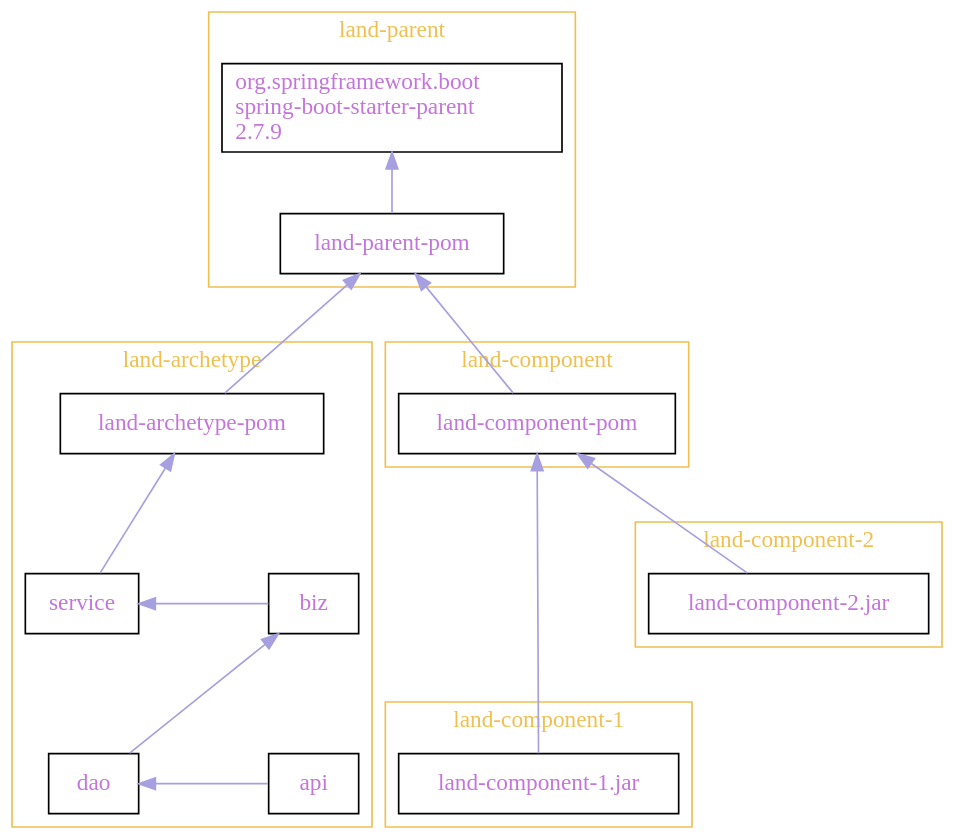
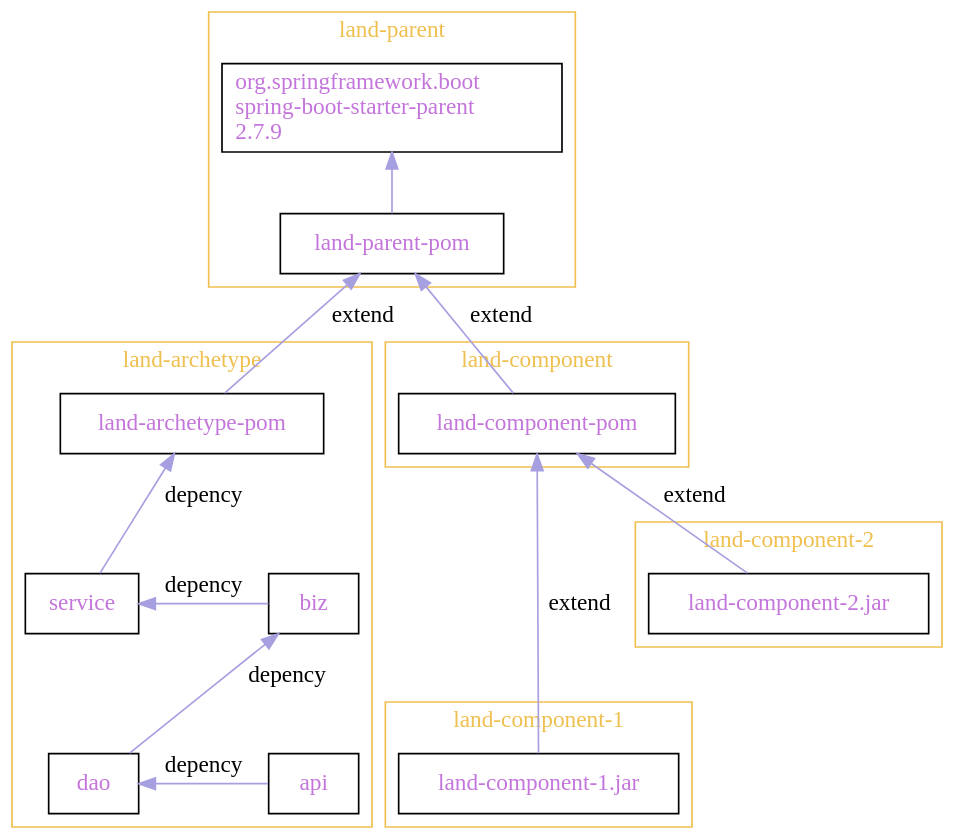
The diagram in README.org (vanniuner/land-parent), drawn with Graphviz before and after one commit. The commit also changed 2 other files, not shown here.

```diff
--- a/README.org
+++ b/README.org
@@ -13,67 +13,67 @@
   #+BEGIN_SRC dot :file project-depency.svg
     digraph G {
         bgcolor="transparent"
         rankdir = TD
         node [shape="box",fontcolor="#c475db" color=black]
-        edge [color="#a69fe0" fontcolor=white]
+        edge [color="#a69fe0" fontcolor=black]
 
         subgraph clusterA {
             rankdir = TD
             color = "#EFC050"
             fontcolor = "#EFC050"
             label = "land-archetype";
             node [shape="box",fontcolor="#c475db" color=black]
-            edge [color="#a69fe0" fontcolor=white]
+            edge [color="#a69fe0" fontcolor=black]
             service [label="service"]
             landArchetypePom [label="land-archetype-pom"]
 
             landArchetypePom -> service [dir=back minlen=1,label="depency"]
             service -> biz [dir=back minlen=1,label="depency"]
             biz -> dao [dir=back minlen=1,label="depency"]
             dao -> api [dir=back minlen=2,label="depency"]
             {rank=same biz,service}
             {rank=same dao,api}
         }
 
         subgraph clusterP {
             rankdir = TD
             color = "#EFC050"
             fontcolor = "#EFC050"
             label = "land-parent";
             springboot [label="org.springframework.boot\lspring-boot-starter-parent\l2.7.9\l"]
             landParentPom [label="land-parent-pom"]
             springboot -> landParentPom [dir=back]
             landParentPom -> landArchetypePom [dir=back label="extend"]
             {rank=same api,landParentPom}
         }
 
         subgraph clusterC {
             rankdir = TD
             color = "#EFC050"
             fontcolor = "#EFC050"
             label = "land-component";
             landComponentPom [label="land-component-pom"]
             landParentPom -> landComponentPom [dir=back label="extend"]
         }
 
 
         subgraph clusterC1 {
             rankdir = TD
             color = "#EFC050"
             fontcolor = "#EFC050"
             label = "land-component-1";
             landComponent1 [label="land-component-1.jar"]
             landComponentPom -> landComponent1 [dir=back label="extend" minlen=2]
         }
 
         subgraph clusterC2 {
             rankdir = TD
             color = "#EFC050"
             fontcolor = "#EFC050"
             label = "land-component-2";
             landComponent2 [label="land-component-2.jar"]
             landComponentPom -> landComponent2 [dir=back label="extend" ]
         }
 
     }
   #+END_SRC
```
